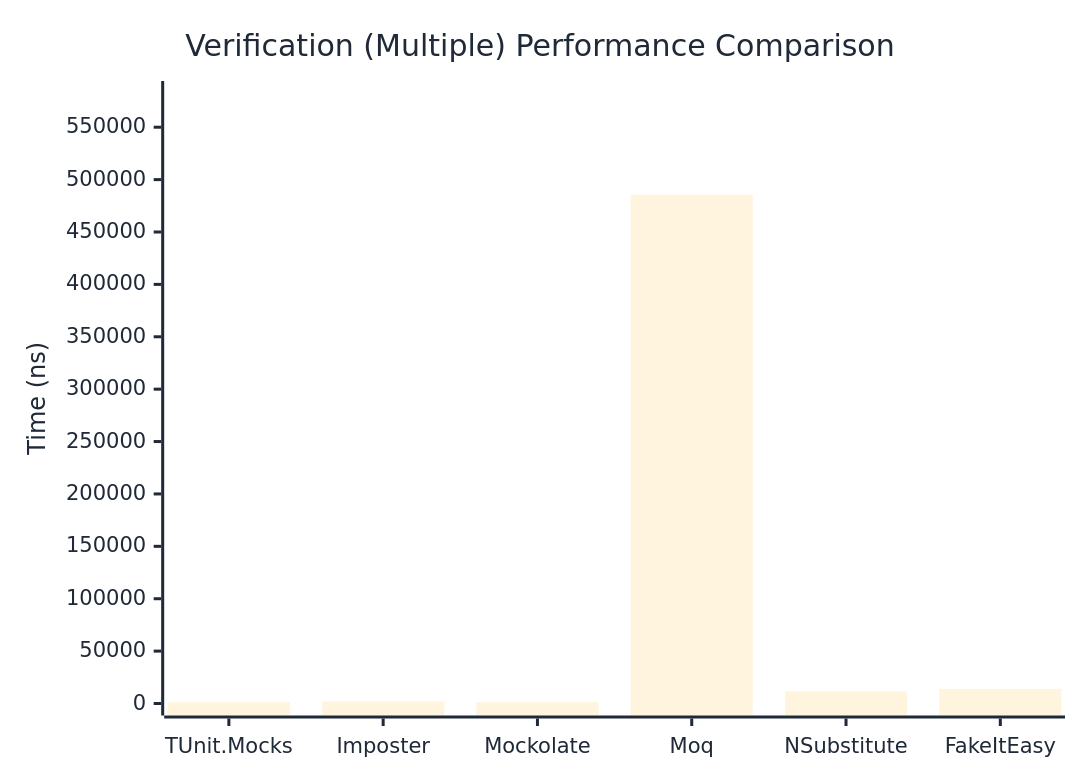
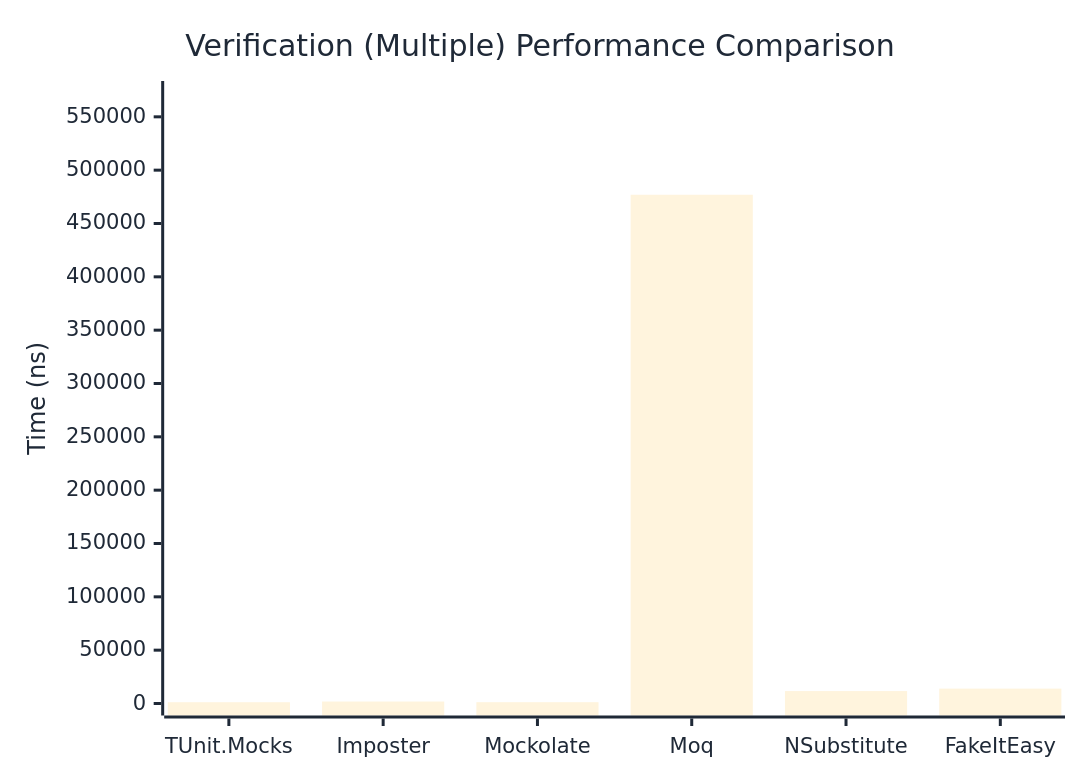
One commit to thomhurst/TUnit changed the third of 3 diagrams in docs/docs/benchmarks/mocks/Verification.md. Above: the diagram before and after it, drawn with Mermaid. The commit also changed other lines of this file and 14 other files, not shown here.

````diff
--- a/docs/docs/benchmarks/mocks/Verification.md
+++ b/docs/docs/benchmarks/mocks/Verification.md
@@ -110,27 +110,27 @@
 ```mermaid
 %%{init: {
   'theme':'base',
   'themeVariables': {
     'primaryColor': '#2563eb',
     'primaryTextColor': '#1f2937',
     'primaryBorderColor': '#1e40af',
     'lineColor': '#6b7280',
     'secondaryColor': '#7c3aed',
     'tertiaryColor': '#dc2626',
     'background': '#ffffff',
     'pie1': '#2563eb',
     'pie2': '#7c3aed',
     'pie3': '#dc2626',
     'pie4': '#f59e0b',
     'pie5': '#10b981',
     'pie6': '#06b6d4',
     'pie7': '#ec4899',
     'pie8': '#6366f1'
   }
 }}%%
 xychart-beta
   title "Verification (Multiple) Performance Comparison"
   x-axis ["TUnit.Mocks", "Imposter", "Mockolate", "Moq", "NSubstitute", "FakeItEasy"]
-  y-axis "Time (ns)" 0 --> 582656
-  bar [1244.55, 1882.41, 1229.93, 485545.95, 11567.51, 14031]
+  y-axis "Time (ns)" 0 --> 572338
+  bar [1196.78, 1852.12, 1221.25, 476948.23, 11651.23, 13949.31]
 ```
````
